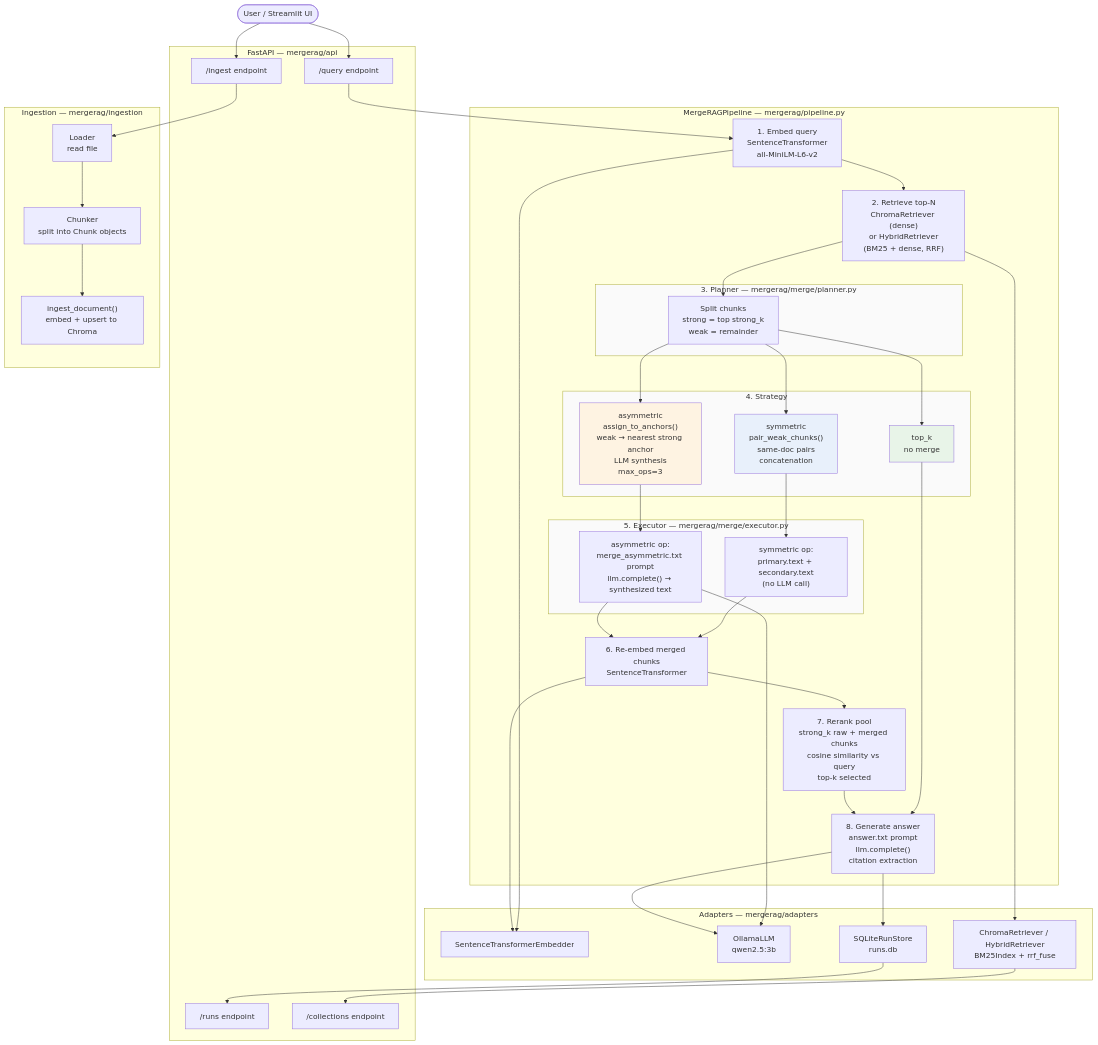
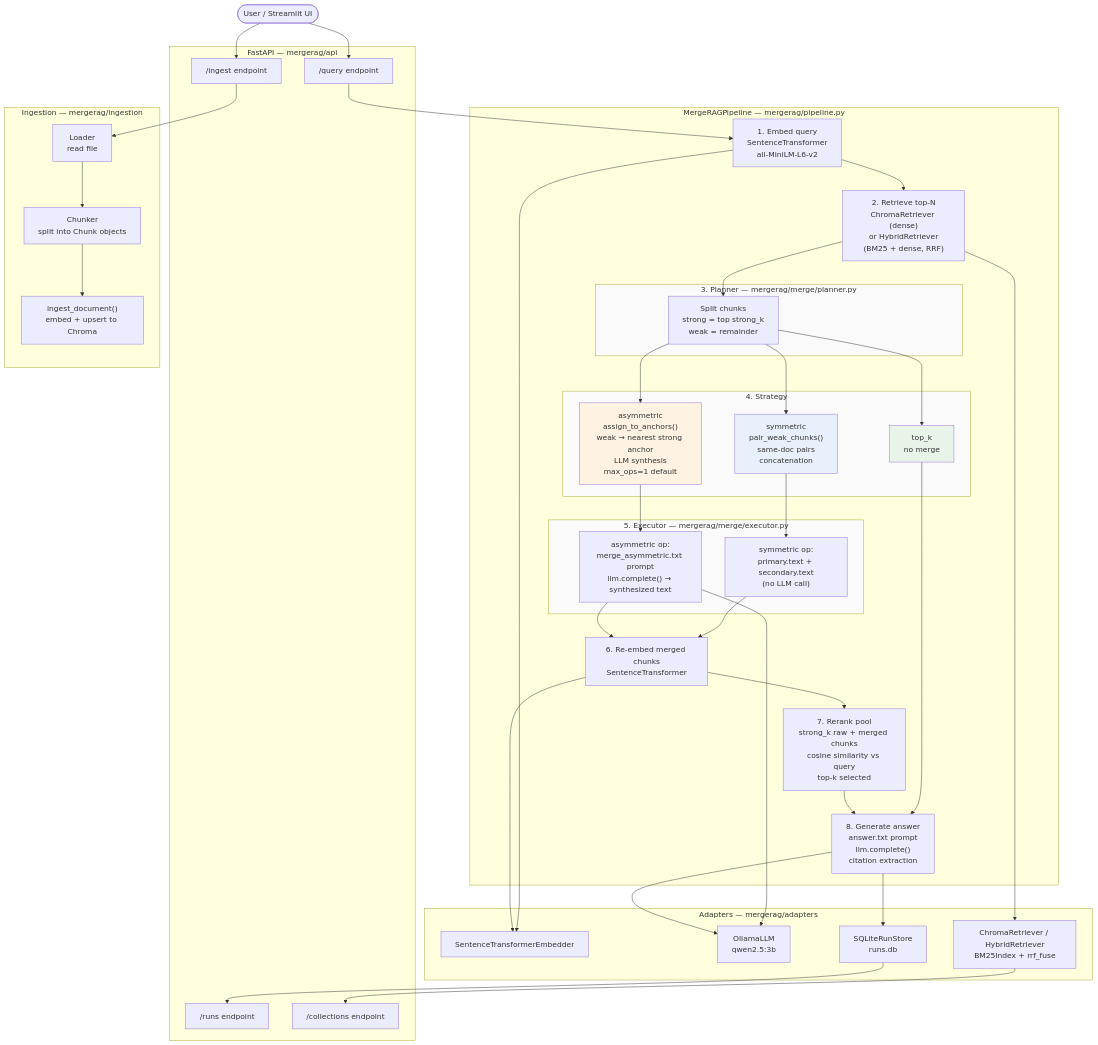
Before and after one commit to jmanoj0905/Merge-rag: the diagram in README.md, drawn with Mermaid. The commit also changed other lines of this file and 8 other files, not shown here.

First line of the commit message:
feat(asymmetric): default max_ops=1; add --active-asymmetric-only

```diff
--- a/README.md
+++ b/README.md
@@ -36,7 +36,7 @@
         subgraph Strategies["4. Strategy"]
             TK["top_k\nno merge"]
             SYM["symmetric\npair_weak_chunks()\nsame-doc pairs\nconcatenation"]
-            ASYM["asymmetric\nassign_to_anchors()\nweak → nearest strong anchor\nLLM synthesis\nmax_ops=3"]
+            ASYM["asymmetric\nassign_to_anchors()\nweak → nearest strong anchor\nLLM synthesis\nmax_ops=1 default"]
         end
 
         subgraph Executor["5. Executor — mergerag/merge/executor.py"]
```
